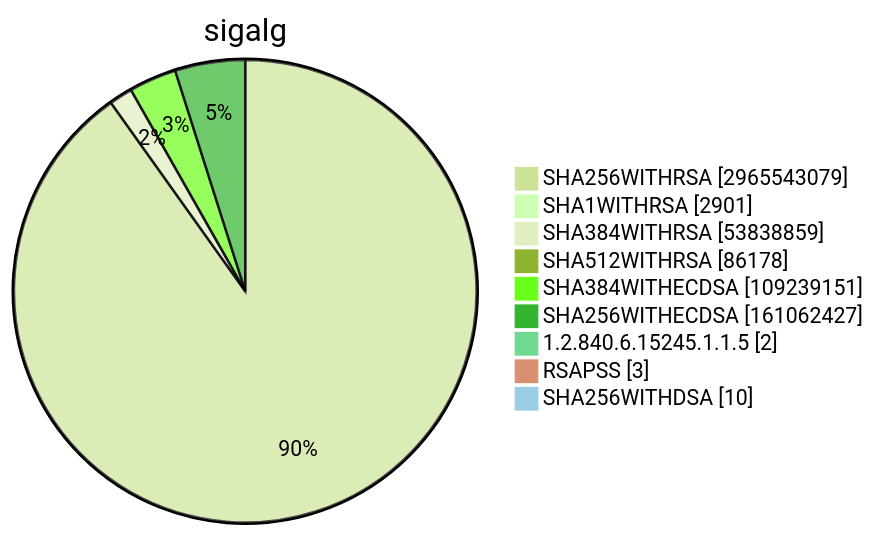
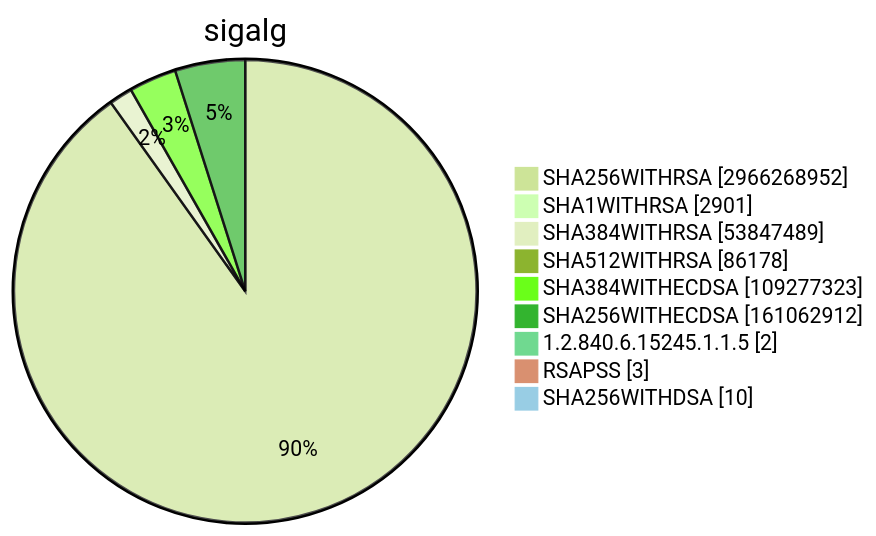
Before and after one commit to christiankrug/ctmonitor_visualization: diagram 15 of 15 in TOTAL/README.md, drawn with Mermaid (forest theme). The commit also changed other lines of this file, not shown here.

````diff
--- a/TOTAL/README.md
+++ b/TOTAL/README.md
@@ -6208,13 +6208,13 @@
 ```mermaid
 pie showData
 title sigalg
-"SHA256WITHRSA" :2965543079
+"SHA256WITHRSA" :2966268952
 "SHA1WITHRSA" :2901
-"SHA384WITHRSA" :53838859
+"SHA384WITHRSA" :53847489
 "SHA512WITHRSA" :86178
-"SHA384WITHECDSA" :109239151
-"SHA256WITHECDSA" :161062427
+"SHA384WITHECDSA" :109277323
+"SHA256WITHECDSA" :161062912
 "1.2.840.6.15245.1.1.5" :2
 "RSAPSS" :3
 "SHA256WITHDSA" :10
 ```
````
